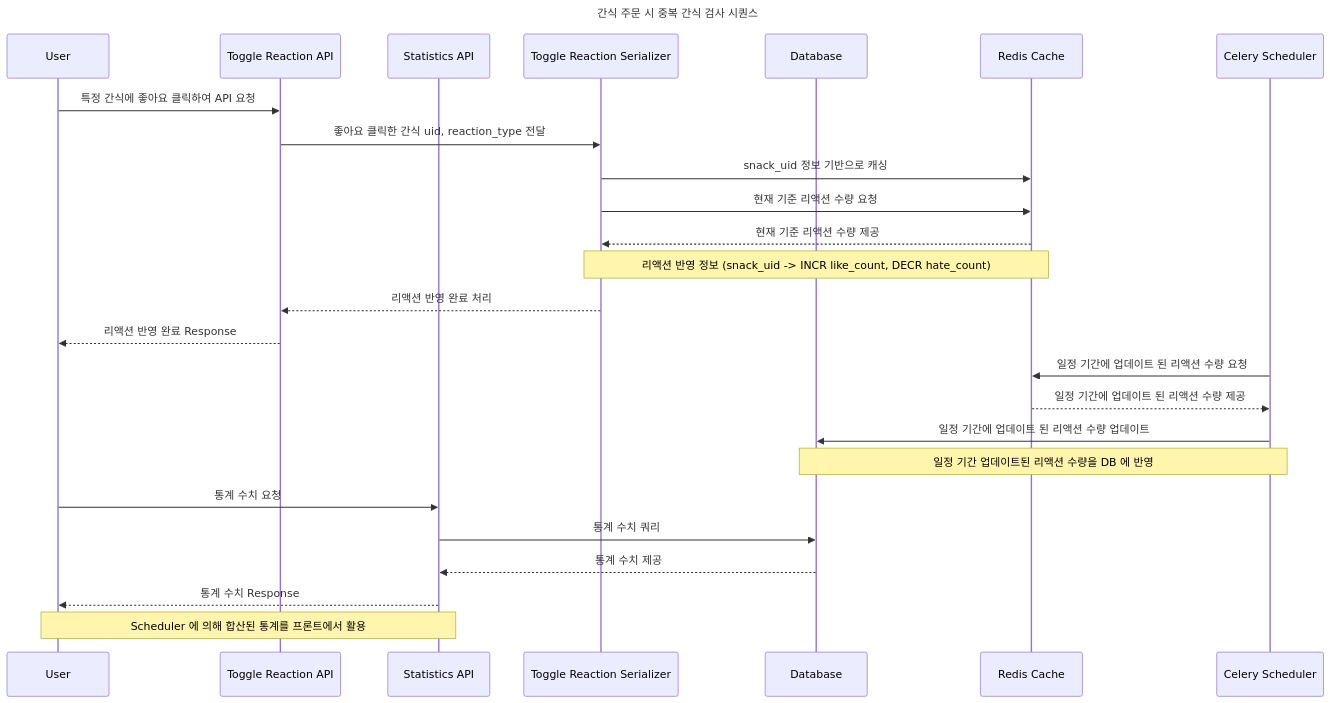
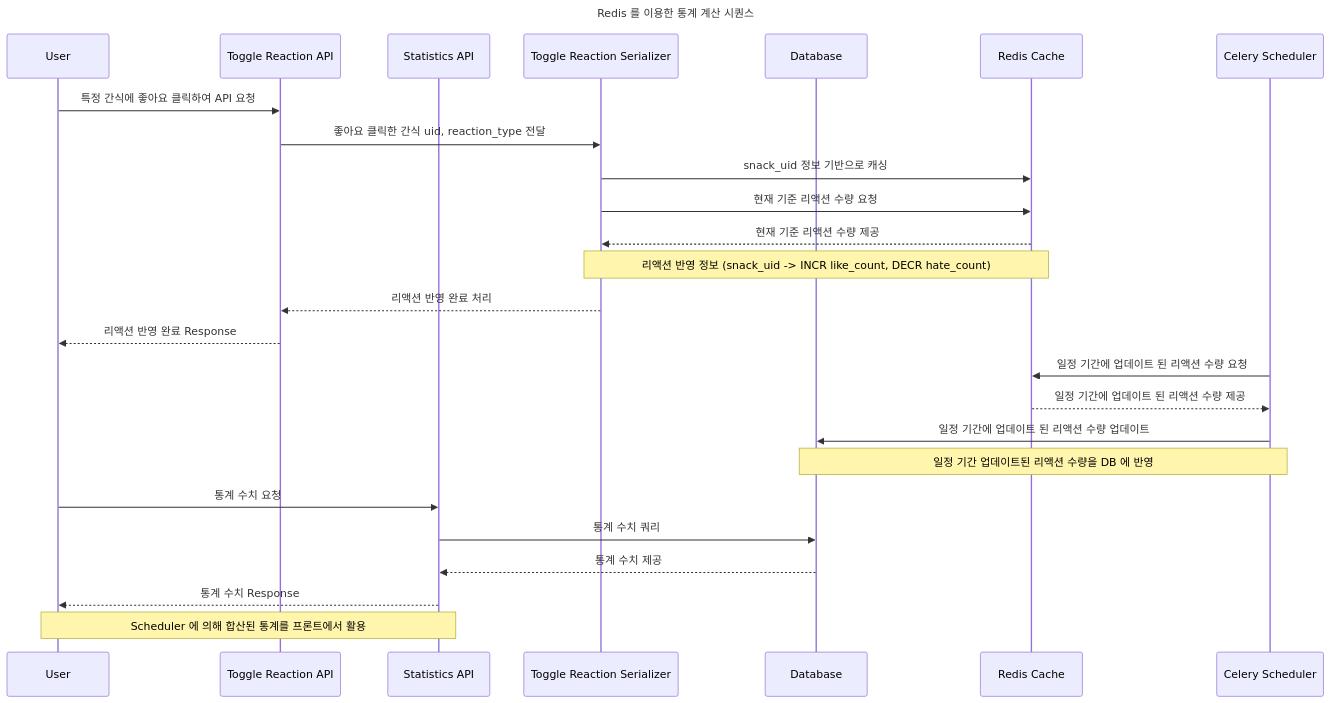
Before and after one commit to orchwang/snack-manager-server: the eighth of 9 diagrams in README.md, drawn with Mermaid.

````diff
--- a/README.md
+++ b/README.md
@@ -552,31 +552,31 @@
 ```mermaid
 ---
-title: 간식 주문 시 중복 간식 검사 시퀀스
+title: Redis 를 이용한 통계 계산 시퀀스
 ---
 sequenceDiagram
     participant U as User
     participant TRA as Toggle Reaction API
     participant STA as Statistics API
     participant S as Toggle Reaction Serializer
     participant DB as Database
     participant CC as Redis Cache
     participant SCHD as Celery Scheduler
     
     U->>TRA: 특정 간식에 좋아요 클릭하여 API 요청
     TRA->>S: 좋아요 클릭한 간식 uid, reaction_type 전달
     S->>CC: snack_uid 정보 기반으로 캐싱
     S->>CC: 현재 기준 리액션 수량 요청
     CC-->>S: 현재 기준 리액션 수량 제공
     Note over S,CC: 리액션 반영 정보 (snack_uid -> INCR like_count, DECR hate_count)
     S-->>TRA: 리액션 반영 완료 처리
     TRA-->>U: 리액션 반영 완료 Response
     SCHD->>CC: 일정 기간에 업데이트 된 리액션 수량 요청
     CC-->>SCHD: 일정 기간에 업데이트 된 리액션 수량 제공
     SCHD->>DB: 일정 기간에 업데이트 된 리액션 수량 업데이트
     Note over SCHD,DB: 일정 기간 업데이트된 리액션 수량을 DB 에 반영
     U->>STA: 통계 수치 요청
     STA->>DB: 통계 수치 쿼리
     DB-->>STA: 통계 수치 제공
     STA-->>U: 통계 수치 Response
     Note over U,STA: Scheduler 에 의해 합산된 통계를 프론트에서 활용
 ```
````
